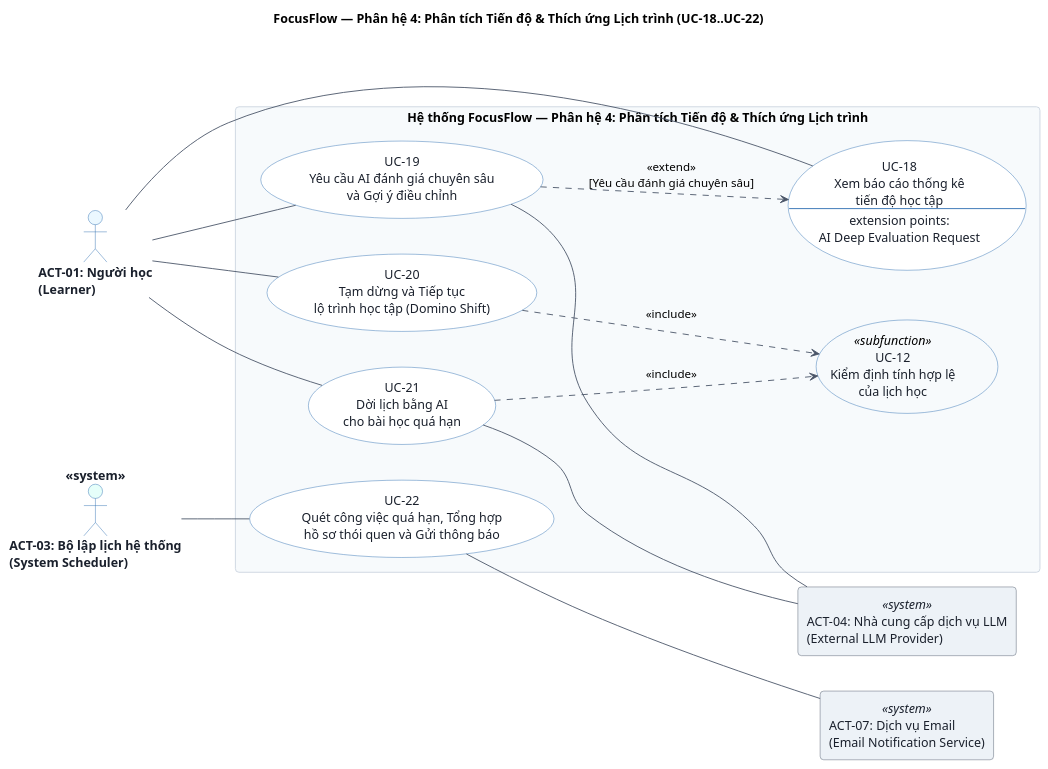
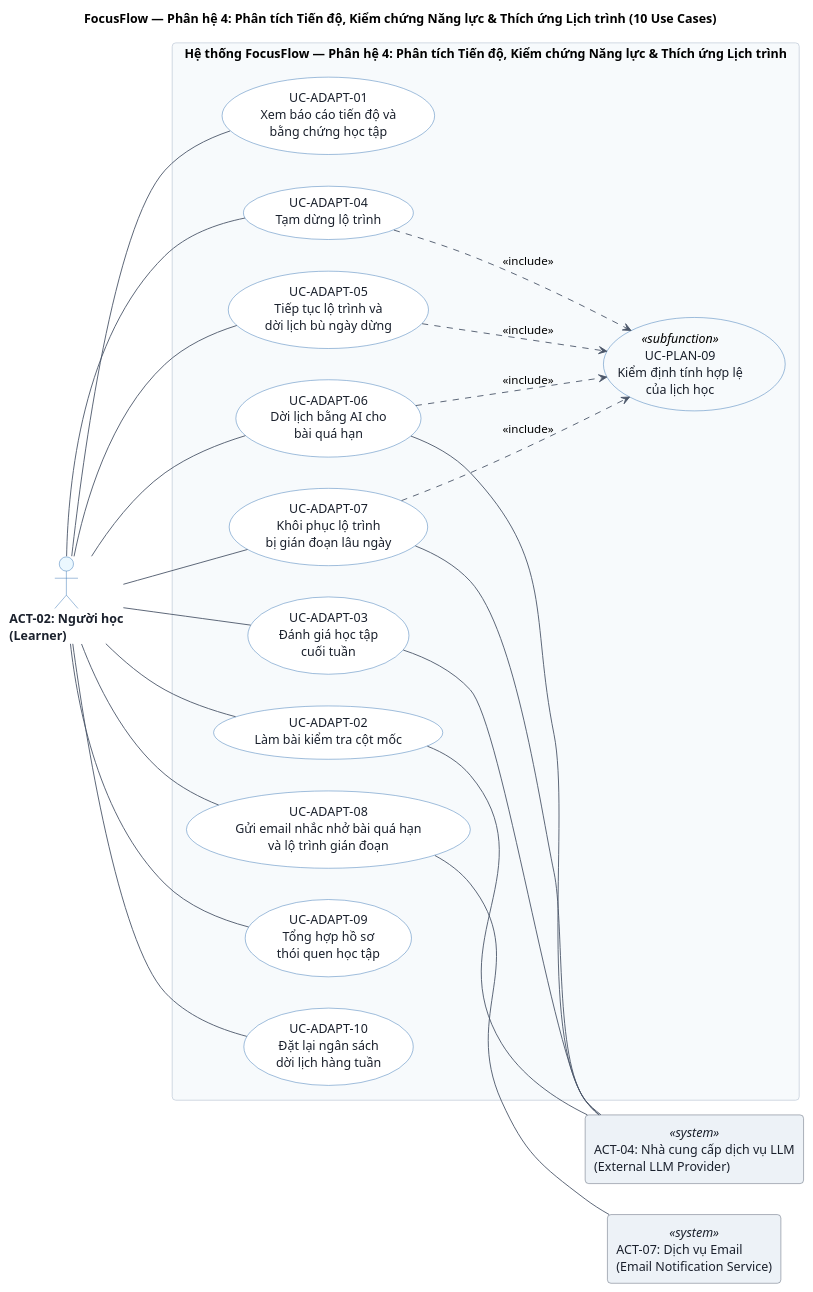
One commit to Coffat/FocusFlow changed the diagram in docs/uml/use-cases/uc-mod-04-analytics-adaptation.puml. Above: the diagram before and after it, drawn with PlantUML. The commit also changed 26 other files, not shown here.

Commit message:
docs(uml): update use case specifications, modular diagrams, and PlantUML models

```diff
--- a/docs/uml/use-cases/uc-mod-04-analytics-adaptation.puml
+++ b/docs/uml/use-cases/uc-mod-04-analytics-adaptation.puml
@@ -1,75 +1,99 @@
 @startuml uc-mod-04-analytics-adaptation
-title FocusFlow — Phân hệ 4: Phân tích Tiến độ & Thích ứng Lịch trình (UC-18..UC-22)
+' ========================================================
+' Chuẩn hóa 8 Tác nhân (ACT-00..ACT-07): 4 Human/Role Actors + 4 External System Actors
+' Tuân thủ nghiêm ngặt OMG UML 2.5.1 Clause 18: Các thành phần nội bộ (Taskiq, Redis, DB,
+' AI Harness) và bộ định thời nội bộ (internal clock triggers) nằm bên trong Ranh giới Hệ thống.
+' ========================================================
+title FocusFlow — Phân hệ 4: Phân tích Tiến độ, Kiểm chứng Năng lực & Thích ứng Lịch trình (10 Use Cases)
 
 left to right direction
 skinparam packageStyle rectangle
 skinparam roundcorner 8
 skinparam monochrome false
 skinparam shadowing false
 skinparam defaultFontName "Helvetica", "Arial", sans-serif
-skinparam nodesep 40
-skinparam ranksep 75
+skinparam nodesep 35
+skinparam ranksep 70
 
 skinparam actor {
     BackgroundColor #EBF8FF
     BorderColor #2B6CB0
     FontColor #1A202C
     FontStyle bold
 }
 
 skinparam usecase {
     BackgroundColor #FFFFFF
     BorderColor #2B6CB0
     ArrowColor #4A5568
     FontColor #1A202C
 }
 
 skinparam package {
     BackgroundColor #F7FAFC
     BorderColor #CBD5E0
     FontColor #2D3748
     FontStyle bold
 }
 
 skinparam rectangle<<system>> {
     BackgroundColor #EDF2F7
     BorderColor #4A5568
     FontColor #1A202C
 }
 
-' 1. TÁC NHÂN CHÍNH (PRIMARY ACTORS - BÊN TRÁI)
-actor "ACT-01: Người học\n(Learner)" as Learner #EBF8FF
-actor "ACT-03: Bộ lập lịch hệ thống\n(System Scheduler)" as Scheduler <<system>> #E6FFFA
+' ========================================================
+' 1. TÁC NHÂN CON NGƯỜI / VAI TRÒ (HUMAN / ROLE ACTOR - BÊN TRÁI)
+' ========================================================
+actor "ACT-02: Người học\n(Learner)" as Learner #EBF8FF
 
+' ========================================================
 ' 2. RANH GIỚI HỆ THỐNG (SYSTEM BOUNDARY)
-rectangle "Hệ thống FocusFlow — Phân hệ 4: Phân tích Tiến độ & Thích ứng Lịch trình" as Mod4Boundary {
-    usecase "UC-18\nXem báo cáo thống kê\ntiến độ học tập\n---\nextension points:\nAI Deep Evaluation Request" as UC18
-    usecase "UC-19\nYêu cầu AI đánh giá chuyên sâu\nvà Gợi ý điều chỉnh" as UC19
-    usecase "UC-20\nTạm dừng và Tiếp tục\nlộ trình học tập (Domino Shift)" as UC20
-    usecase "UC-21\nDời lịch bằng AI\ncho bài học quá hạn" as UC21
-    usecase "UC-22\nQuét công việc quá hạn, Tổng hợp\nhồ sơ thói quen và Gửi thông báo" as UC22
-    usecase "UC-12\nKiểm định tính hợp lệ\ncủa lịch học" as UC12 <<subfunction>> #F7FAFC
+' ========================================================
+rectangle "Hệ thống FocusFlow — Phân hệ 4: Phân tích Tiến độ, Kiểm chứng Năng lực & Thích ứng Lịch trình" as Mod4Boundary {
+    usecase "UC-ADAPT-01\nXem báo cáo tiến độ và\nbằng chứng học tập" as UC_ADAPT_01
+    usecase "UC-ADAPT-02\nLàm bài kiểm tra cột mốc" as UC_ADAPT_02
+    usecase "UC-ADAPT-03\nĐánh giá học tập\ncuối tuần" as UC_ADAPT_03
+    usecase "UC-ADAPT-04\nTạm dừng lộ trình" as UC_ADAPT_04
+    usecase "UC-ADAPT-05\nTiếp tục lộ trình và\ndời lịch bù ngày dừng" as UC_ADAPT_05
+    usecase "UC-ADAPT-06\nDời lịch bằng AI cho\nbài quá hạn" as UC_ADAPT_06
+    usecase "UC-ADAPT-07\nKhôi phục lộ trình\nbị gián đoạn lâu ngày" as UC_ADAPT_07
+    usecase "UC-ADAPT-08\nGửi email nhắc nhở bài quá hạn\nvà lộ trình gián đoạn" as UC_ADAPT_08
+    usecase "UC-ADAPT-09\nTổng hợp hồ sơ\nthói quen học tập" as UC_ADAPT_09
+    usecase "UC-ADAPT-10\nĐặt lại ngân sách\ndời lịch hàng tuần" as UC_ADAPT_10
+    usecase "UC-PLAN-09\nKiểm định tính hợp lệ\ncủa lịch học" as UC_PLAN_09 <<subfunction>> #F7FAFC
 }
 
-' 3. TÁC NHÂN HỆ THỐNG PHỤ TRỢ (SUPPORTING SYSTEM ACTORS - BÊN PHẢI)
+' ========================================================
+' 3. TÁC NHÂN HỆ THỐNG NGOẠI VI (EXTERNAL SYSTEM ACTORS - BÊN PHẢI)
+' ========================================================
 rectangle "ACT-04: Nhà cung cấp dịch vụ LLM\n(External LLM Provider)" as LLM <<system>>
-rectangle "ACT-07: Dịch vụ Email\n(Email Notification Service)" as EmailService <<system>>
+rectangle "ACT-07: Dịch vụ Email\n(Email Notification Service)" as EmailSvc <<system>>
 
-' 4. QUAN HỆ (ASSOCIATIONS, INCLUDE & EXTEND)
-Learner -- UC18
-Learner -- UC19
-Learner -- UC20
-Learner -- UC21
+' ========================================================
+' 4. QUAN HỆ GIAO TIẾP (ASSOCIATIONS & INCLUDE)
+' ========================================================
+Learner -- UC_ADAPT_01
+Learner -- UC_ADAPT_02
+Learner -- UC_ADAPT_03
+Learner -- UC_ADAPT_04
+Learner -- UC_ADAPT_05
+Learner -- UC_ADAPT_06
+Learner -- UC_ADAPT_07
+Learner -- UC_ADAPT_08
+Learner -- UC_ADAPT_09
+Learner -- UC_ADAPT_10
 
-Scheduler -- UC22
+UC_ADAPT_04 ..> UC_PLAN_09 : <<include>>
+UC_ADAPT_05 ..> UC_PLAN_09 : <<include>>
+UC_ADAPT_06 ..> UC_PLAN_09 : <<include>>
+UC_ADAPT_07 ..> UC_PLAN_09 : <<include>>
 
-UC19 ..> UC18 : <<extend>>\n[Yêu cầu đánh giá chuyên sâu]
+UC_ADAPT_02 -- LLM
+UC_ADAPT_03 -- LLM
+UC_ADAPT_06 -- LLM
+UC_ADAPT_07 -- LLM
 
-UC20 ..> UC12 : <<include>>
-UC21 ..> UC12 : <<include>>
-
-UC19 -- LLM
-UC21 -- LLM
-UC22 -- EmailService
+UC_ADAPT_08 -- EmailSvc
 
 @enduml
```
